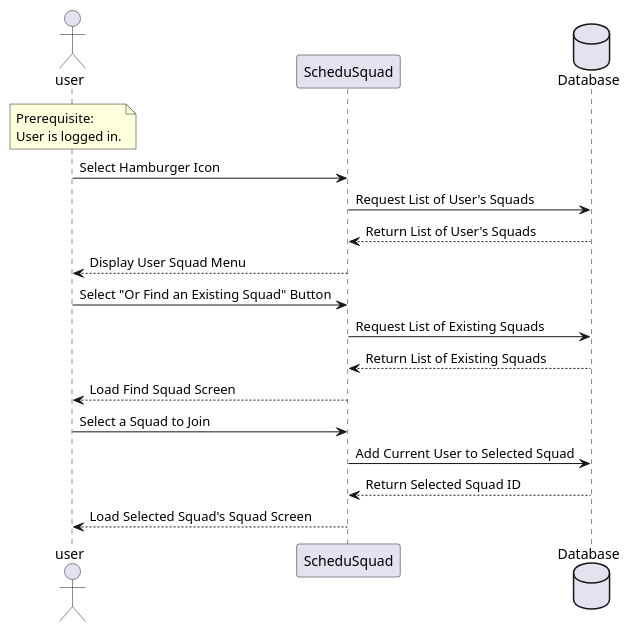
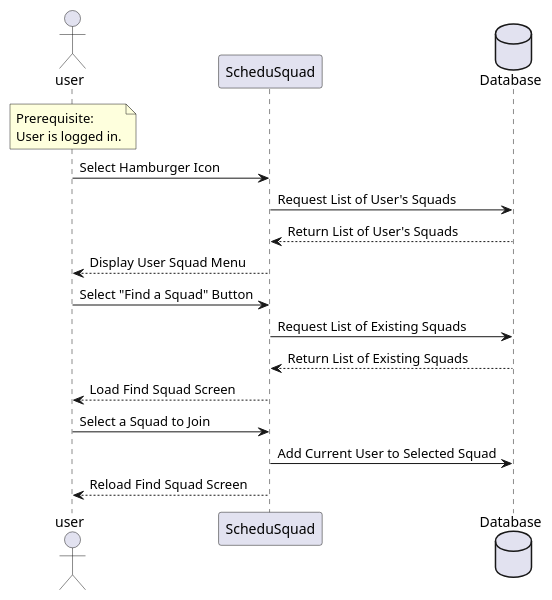
The diagram in plantuml/SequenceDiagrams/findSquad.plantuml (dhilbmann/ScheduSquad), drawn with PlantUML before and after one commit. The commit also changed 6 other files, not shown here.

Commit message:
Updating plantuml sequence diagrams for final project submission.

```diff
--- a/plantuml/SequenceDiagrams/findSquad.plantuml
+++ b/plantuml/SequenceDiagrams/findSquad.plantuml
@@ -1,25 +1,24 @@
 @startuml Find Squad
 actor user
 participant ScheduSquad as app
 database Database as db
 
 note over user
 Prerequisite:
 User is logged in.
 end note
 
 user -> app : Select Hamburger Icon
 app -> db : Request List of User's Squads
 db --> app : Return List of User's Squads
 app --> user : Display User Squad Menu
-user -> app : Select "Or Find an Existing Squad" Button
+user -> app : Select "Find a Squad" Button
 app -> db : Request List of Existing Squads
 db --> app : Return List of Existing Squads
 app --> user : Load Find Squad Screen
 
 user -> app : Select a Squad to Join
 app -> db : Add Current User to Selected Squad
-db --> app : Return Selected Squad ID
-app --> user : Load Selected Squad's Squad Screen
+app --> user : Reload Find Squad Screen
 
 @enduml
```
